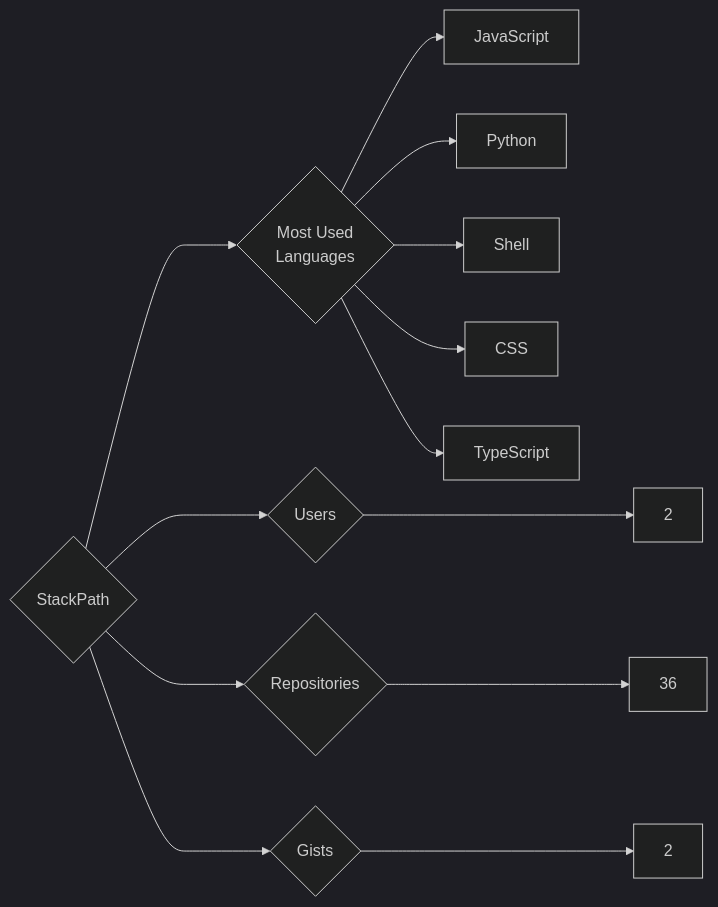
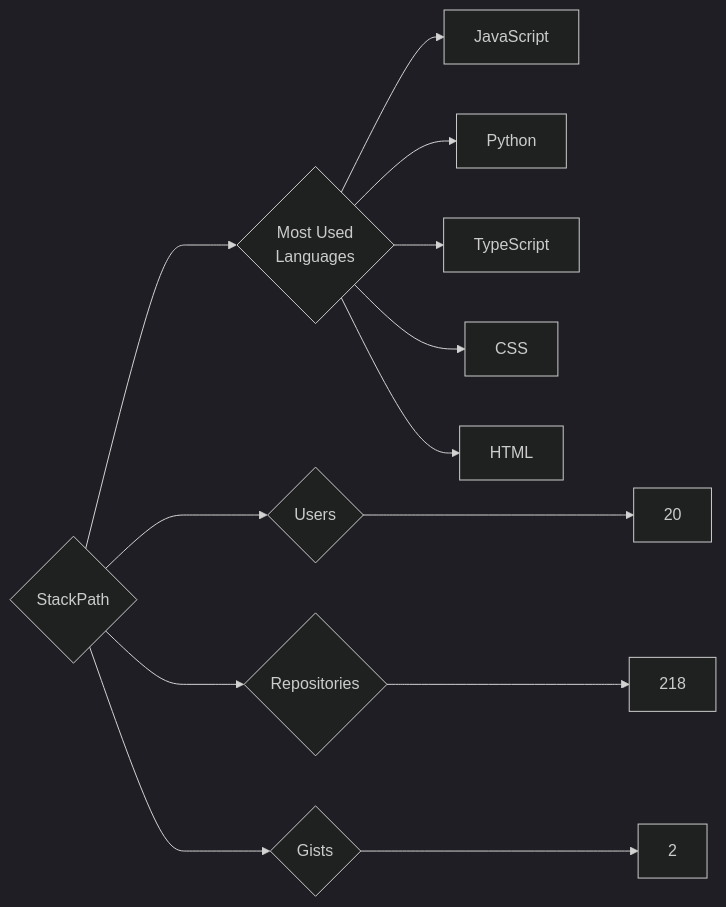
One commit to trickest/insiders changed the diagram in targets/StackPath/README.md. Above: the diagram before and after it, drawn with Mermaid (dark theme). The commit also changed 912 other files, not shown here.

````diff
--- a/targets/StackPath/README.md
+++ b/targets/StackPath/README.md
@@ -3,13 +3,13 @@
 ```mermaid
 graph LR
 COMPANY_NAME{StackPath}
-COMPANY_NAME ---> U{Users} ---> UN[2]
-COMPANY_NAME ---> R{Repositories} ---> RN[36]
+COMPANY_NAME ---> U{Users} ---> UN[20]
+COMPANY_NAME ---> R{Repositories} ---> RN[218]
 COMPANY_NAME ---> G{Gists} ---> GN[2]
 COMPANY_NAME ---> ML{Most Used<br>Languages}
 ML --> JavaScript[JavaScript]
 ML --> Python[Python]
-ML --> Shell[Shell]
+ML --> TypeScript[TypeScript]
 ML --> CSS[CSS]
-ML --> TypeScript[TypeScript]
+ML --> HTML[HTML]
 ```
````
